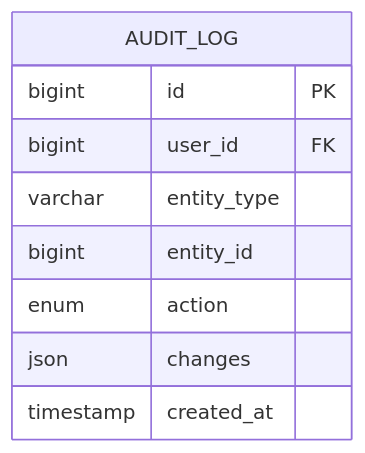
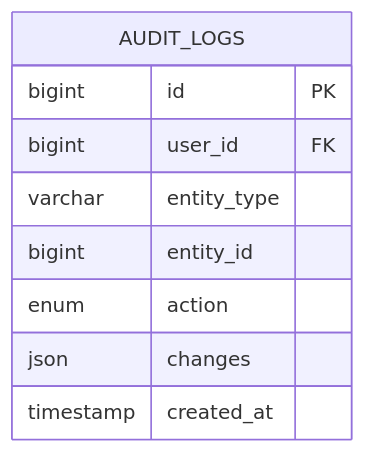
Before and after one commit to upleat-ax/u-maker-plugin: the fifth of 6 diagrams in skills/u-design/references/erd-spec.md, drawn with Mermaid. The commit also changed other lines of this file, not shown here.

First line of the commit message:
feat: upgrade ERD naming conventions to advanced standard

````diff
--- a/skills/u-design/references/erd-spec.md
+++ b/skills/u-design/references/erd-spec.md
@@ -233,12 +235,12 @@
 ```mermaid
 erDiagram
-    AUDIT_LOG {
+    AUDIT_LOGS {
         bigint id PK
         bigint user_id FK
         varchar entity_type
         bigint entity_id
         enum action
         json changes
         timestamp created_at
     }
 ```
````
